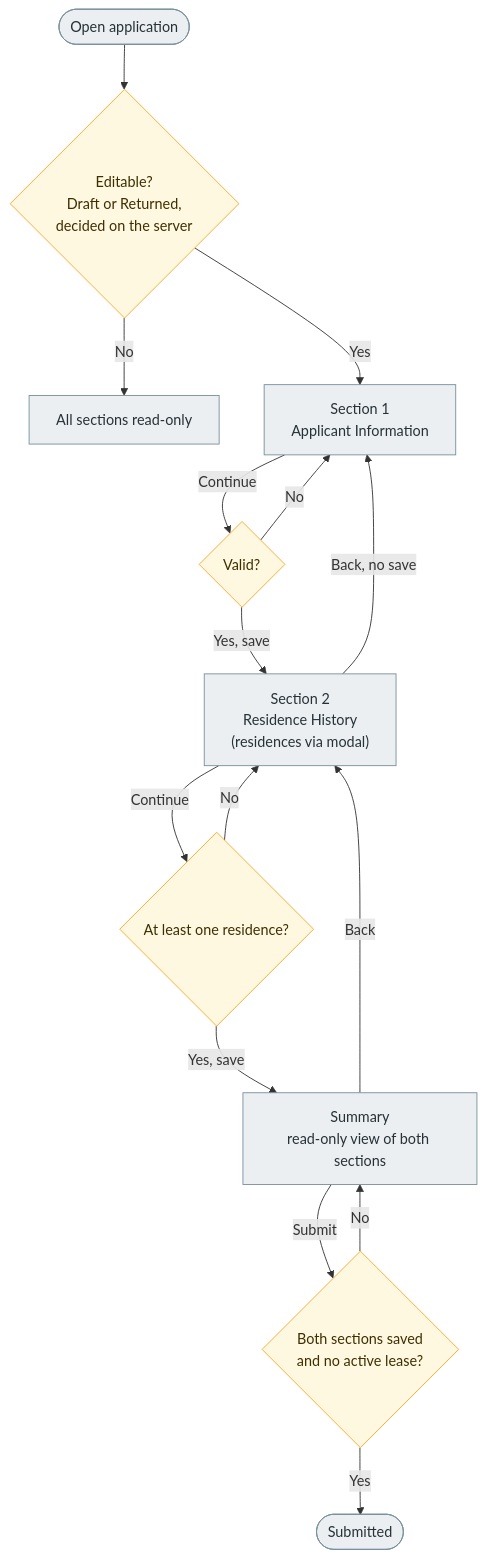
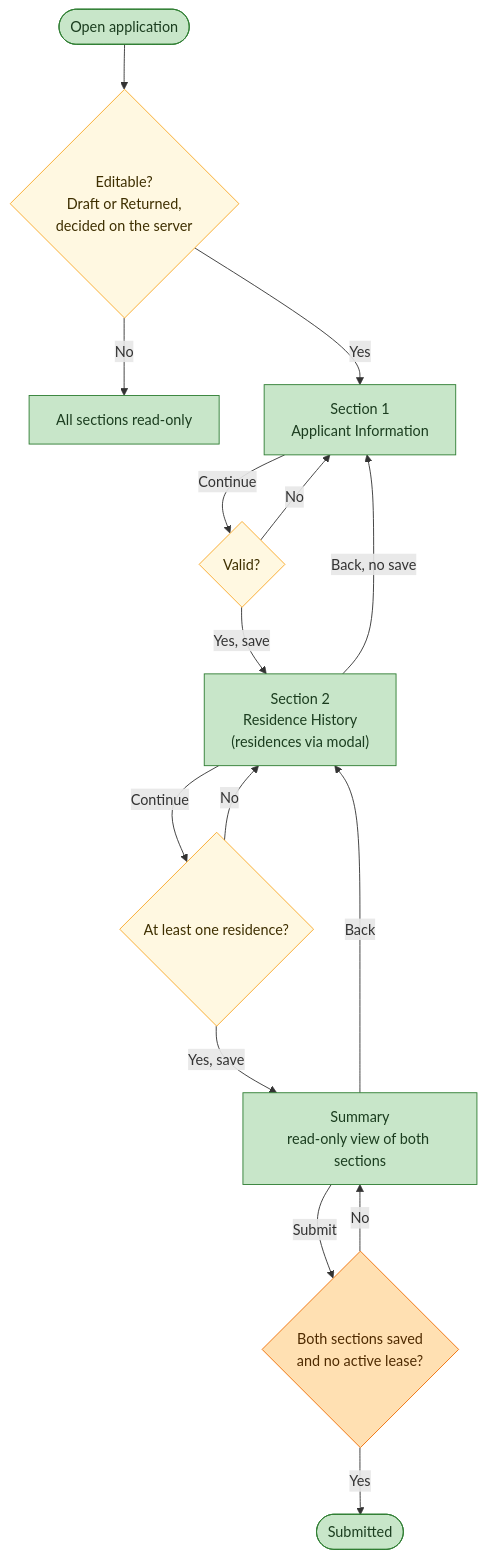
One commit to breps83/troy-rentalportal changed the fifth of 7 diagrams in docs/diagrams.md. Above: the diagram before and after it, drawn with Mermaid. The commit also changed other lines of this file and 1 other file, not shown here.

First line of the commit message:
Document application and modal progress

````diff
--- a/docs/diagrams.md
+++ b/docs/diagrams.md
@@ -254,23 +261,24 @@
 ```mermaid
 flowchart TD
-    classDef todo fill:#eceff1,stroke:#78909c,color:#263238
+    classDef done fill:#c8e6c9,stroke:#2e7d32,color:#1b3d1f
+    classDef partial fill:#ffe0b2,stroke:#ef6c00,color:#4e2a00
     classDef decision fill:#fff8e1,stroke:#f9a825,color:#3e2f00
 
-    Open(["Open application"]):::todo --> Editable{"Editable?<br/>Draft or Returned,<br/>decided on the server"}:::decision
-    Editable -- No --> ReadOnly["All sections read-only"]:::todo
-    Editable -- Yes --> S1["Section 1<br/>Applicant Information"]:::todo
+    Open(["Open application"]):::done --> Editable{"Editable?<br/>Draft or Returned,<br/>decided on the server"}:::decision
+    Editable -- No --> ReadOnly["All sections read-only"]:::done
+    Editable -- Yes --> S1["Section 1<br/>Applicant Information"]:::done
 
     S1 -- Continue --> V1{"Valid?"}:::decision
     V1 -- No --> S1
-    V1 -- Yes, save --> S2["Section 2<br/>Residence History<br/>(residences via modal)"]:::todo
+    V1 -- Yes, save --> S2["Section 2<br/>Residence History<br/>(residences via modal)"]:::done
 
     S2 -- Back, no save --> S1
     S2 -- Continue --> V2{"At least one residence?"}:::decision
     V2 -- No --> S2
-    V2 -- Yes, save --> Sum["Summary<br/>read-only view of both sections"]:::todo
+    V2 -- Yes, save --> Sum["Summary<br/>read-only view of both sections"]:::done
 
     Sum -- Back --> S2
-    Sum -- Submit --> V3{"Both sections saved<br/>and no active lease?"}:::decision
+    Sum -- Submit --> V3{"Both sections saved<br/>and no active lease?"}:::partial
     V3 -- No --> Sum
-    V3 -- Yes --> Done(["Submitted"]):::todo
+    V3 -- Yes --> Done(["Submitted"]):::done
 ```
````
